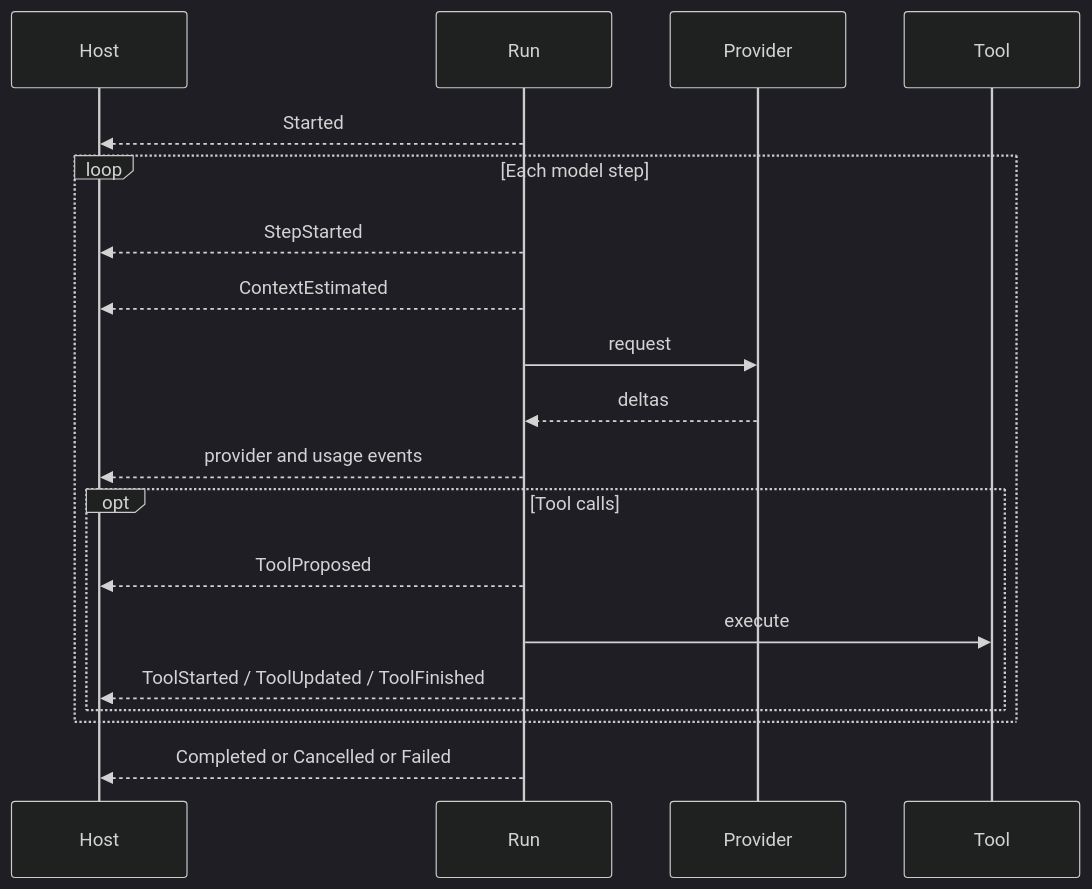
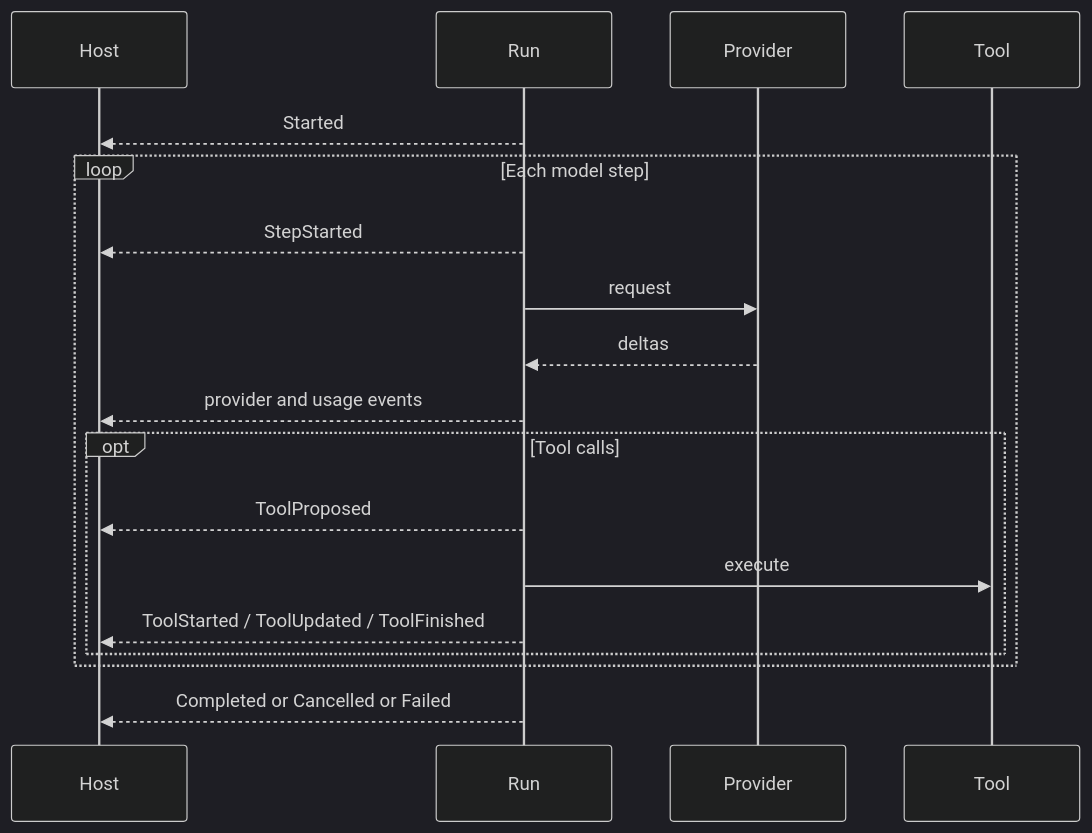
Before and after one commit to matthewyjiang/rho: the diagram in docs/sdk/events-and-cancellation.md, drawn with Mermaid (dark theme). The commit also changed other lines of this file and 99 other files, not shown here.

````diff
--- a/docs/sdk/events-and-cancellation.md
+++ b/docs/sdk/events-and-cancellation.md
@@ -20,21 +20,20 @@
 ```mermaid
 sequenceDiagram
     participant Host
     participant Run
     participant Provider
     participant Tool
     Run-->>Host: Started
     loop Each model step
         Run-->>Host: StepStarted
-        Run-->>Host: ContextEstimated
         Run->>Provider: request
         Provider-->>Run: deltas
         Run-->>Host: provider and usage events
         opt Tool calls
             Run-->>Host: ToolProposed
             Run->>Tool: execute
             Run-->>Host: ToolStarted / ToolUpdated / ToolFinished
         end
     end
     Run-->>Host: Completed or Cancelled or Failed
 ```
````
